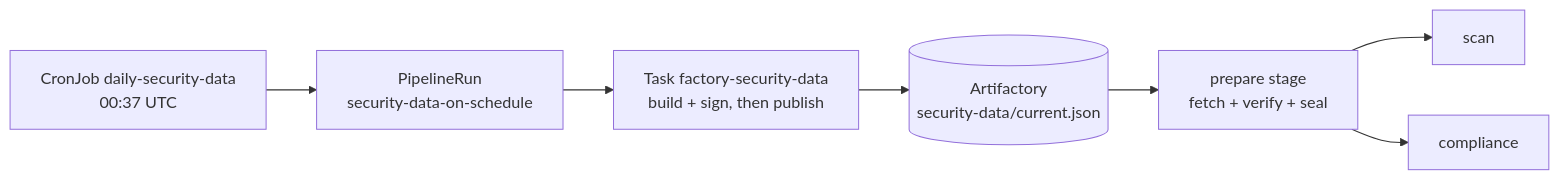
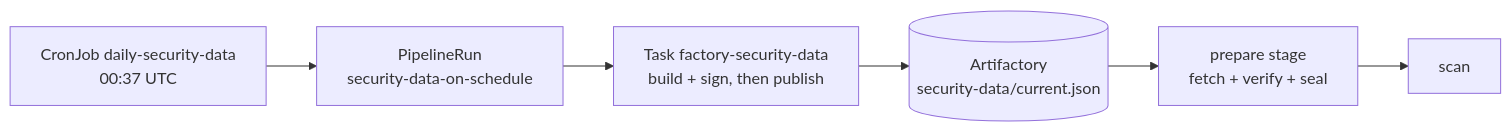
Before and after one commit to shamuraix/image-hardening-factory-starter: the second of 4 diagrams in docs/architecture.md, drawn with Mermaid. The commit also changed other lines of this file and 122 other files, not shown here.

````diff
--- a/docs/architecture.md
+++ b/docs/architecture.md
@@ -108,9 +103,8 @@
 ```mermaid
 flowchart LR
     cron[CronJob daily-security-data<br/>00:37 UTC] --> run[PipelineRun<br/>security-data-on-schedule]
     run --> task[Task factory-security-data<br/>build + sign, then publish]
     task --> art[(Artifactory<br/>security-data/current.json)]
     art --> prepare[prepare stage<br/>fetch + verify + seal]
     prepare --> scan[scan]
-    prepare --> compliance[compliance]
 ```
````
